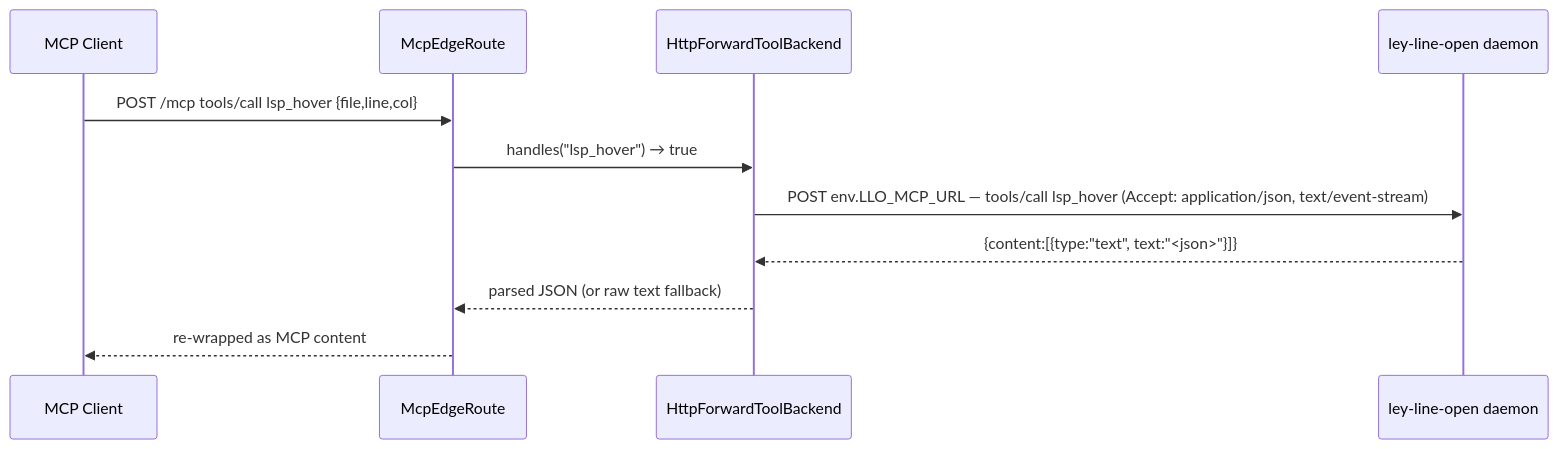
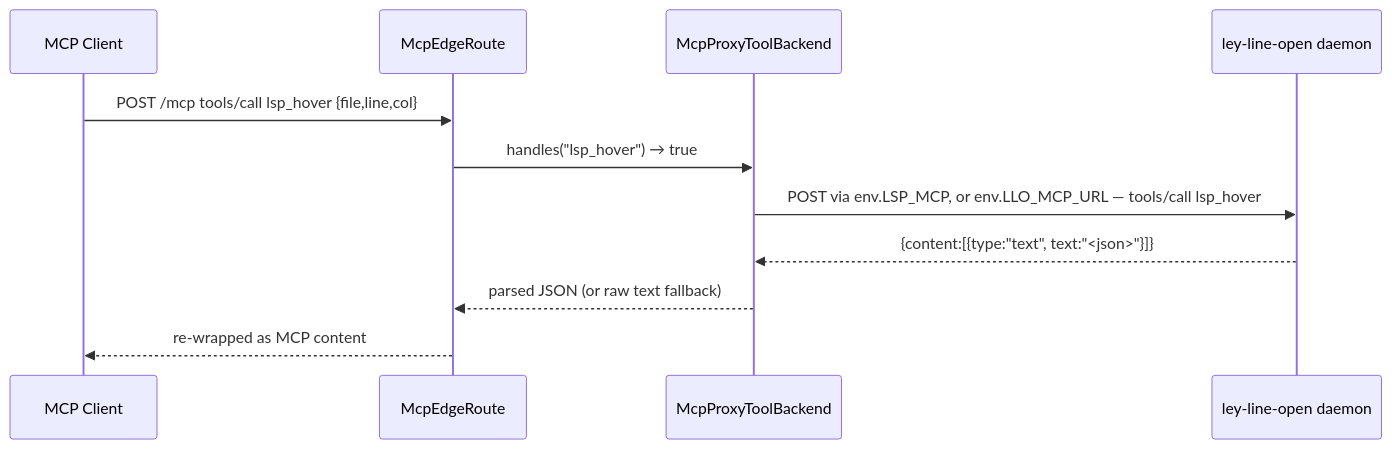
One commit to agentic-research/cloister changed the sixth of 16 diagrams in docs/ARCHITECTURE.md. Above: the diagram before and after it, drawn with Mermaid. The commit also changed other lines of this file, not shown here.

First line of the commit message:
[cloister-ca2582] docs(architecture): describe both halves as they are now (#324)

````diff
--- a/docs/ARCHITECTURE.md
+++ b/docs/ARCHITECTURE.md
@@ -147,14 +249,14 @@
 ```mermaid
 sequenceDiagram
     participant C as MCP Client
     participant ME as McpEdgeRoute
-    participant LB as HttpForwardToolBackend
+    participant LB as McpProxyToolBackend
     participant LLO as ley-line-open daemon
 
     C->>ME: POST /mcp tools/call lsp_hover {file,line,col}
     ME->>LB: handles("lsp_hover") → true
-    LB->>LLO: POST env.LLO_MCP_URL — tools/call lsp_hover (Accept: application/json, text/event-stream)
+    LB->>LLO: POST via env.LSP_MCP, or env.LLO_MCP_URL — tools/call lsp_hover
     LLO-->>LB: {content:[{type:"text", text:"<json>"}]}
     LB-->>ME: parsed JSON (or raw text fallback)
     ME-->>C: re-wrapped as MCP content
 ```
````
